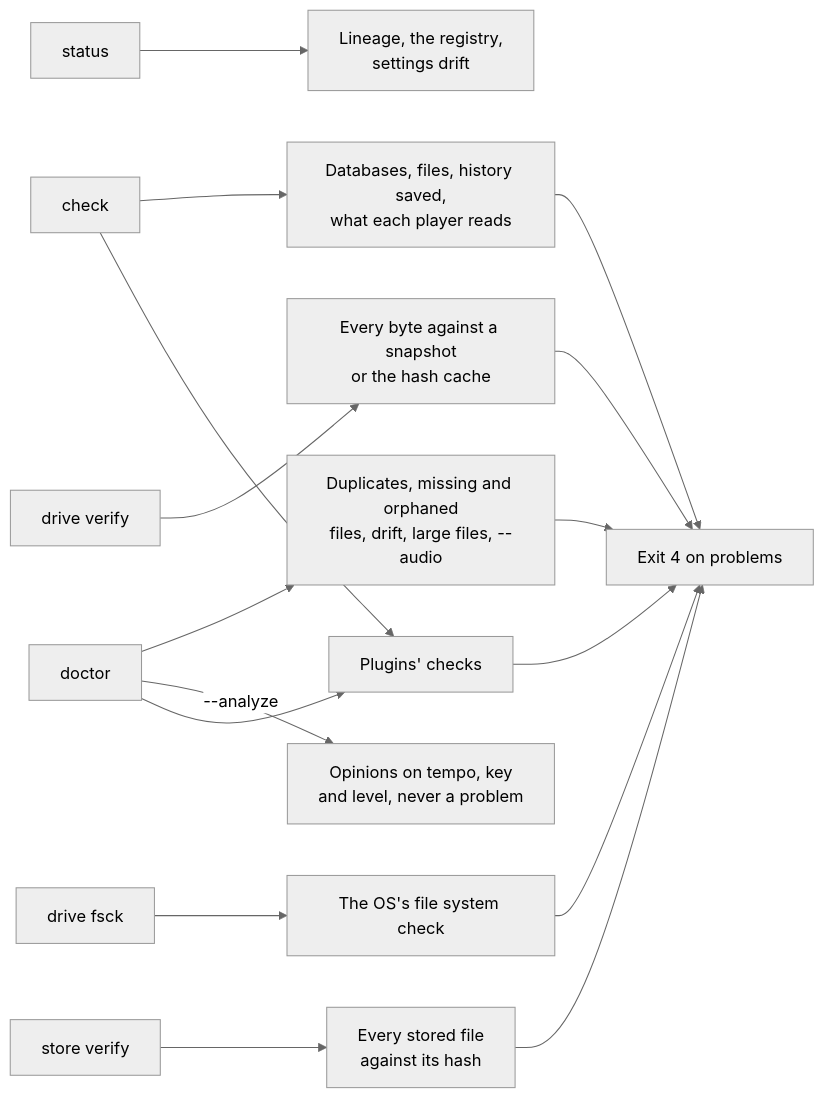
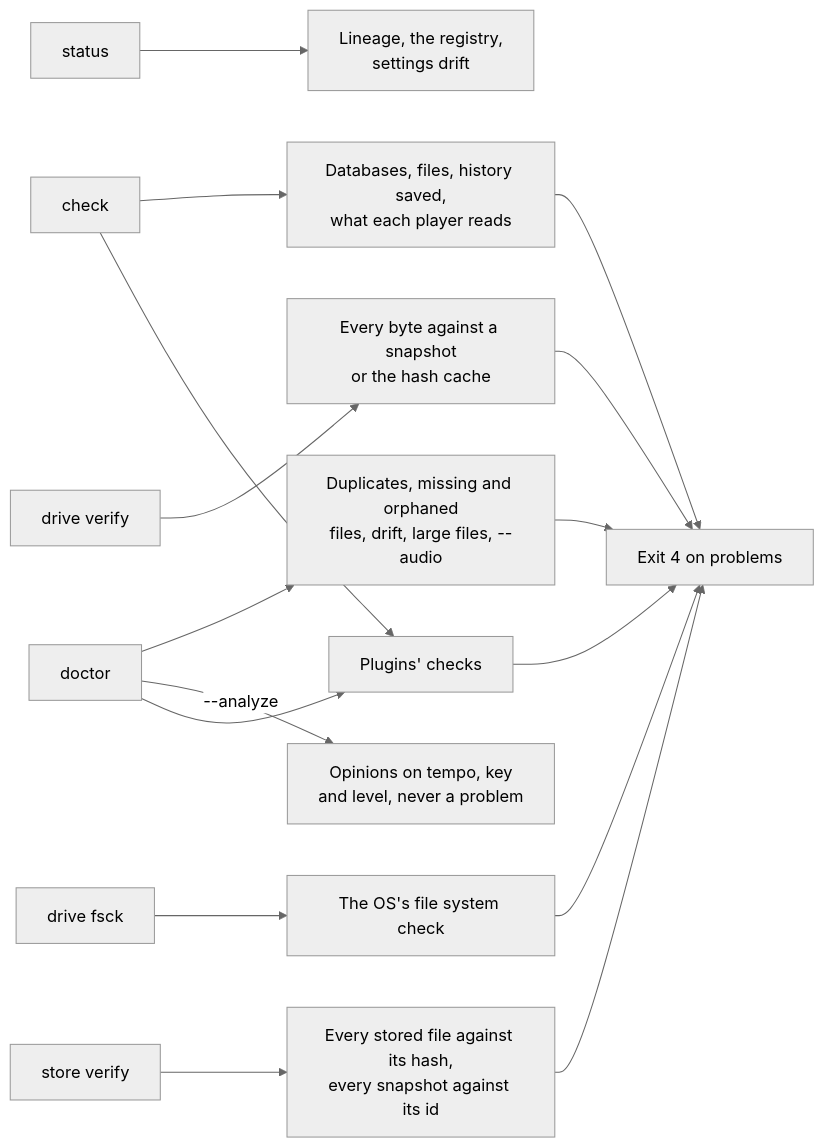
One commit to cutenode/localnetwork changed diagram 14 of 18 in apps/locallibrary/docs/diagrams/store-and-drives.md. Above: the diagram before and after it, drawn with Mermaid (neutral theme). The commit also changed other lines of this file and 6 other files, not shown here.

First line of the commit message:
docs(locallibrary): bring the diagrams up to date with the code

````diff
--- a/apps/locallibrary/docs/diagrams/store-and-drives.md
+++ b/apps/locallibrary/docs/diagrams/store-and-drives.md
@@ -284,18 +318,18 @@
 ```mermaid
 flowchart LR
     status["status"] --> lineage["Lineage, the registry,<br/>settings drift"]
     check["check"] --> db["Databases, files, history saved,<br/>what each player reads"]
     doctor["doctor"] --> files["Duplicates, missing and orphaned<br/>files, drift, large files, --audio"]
     doctor -->|"--analyze"| opinions["Opinions on tempo, key<br/>and level, never a problem"]
     verify["drive verify"] --> bytes["Every byte against a snapshot<br/>or the hash cache"]
     fsck["drive fsck"] --> os["The OS's file system check"]
-    storeverify["store verify"] --> objects["Every stored file<br/>against its hash"]
+    storeverify["store verify"] --> objects["Every stored file against its hash,<br/>every snapshot against its id"]
     check --> plugins["Plugins' checks"]
     doctor --> plugins
     db --> four["Exit 4 on problems"]
     files --> four
     bytes --> four
     os --> four
     objects --> four
     plugins --> four
 ```
````
